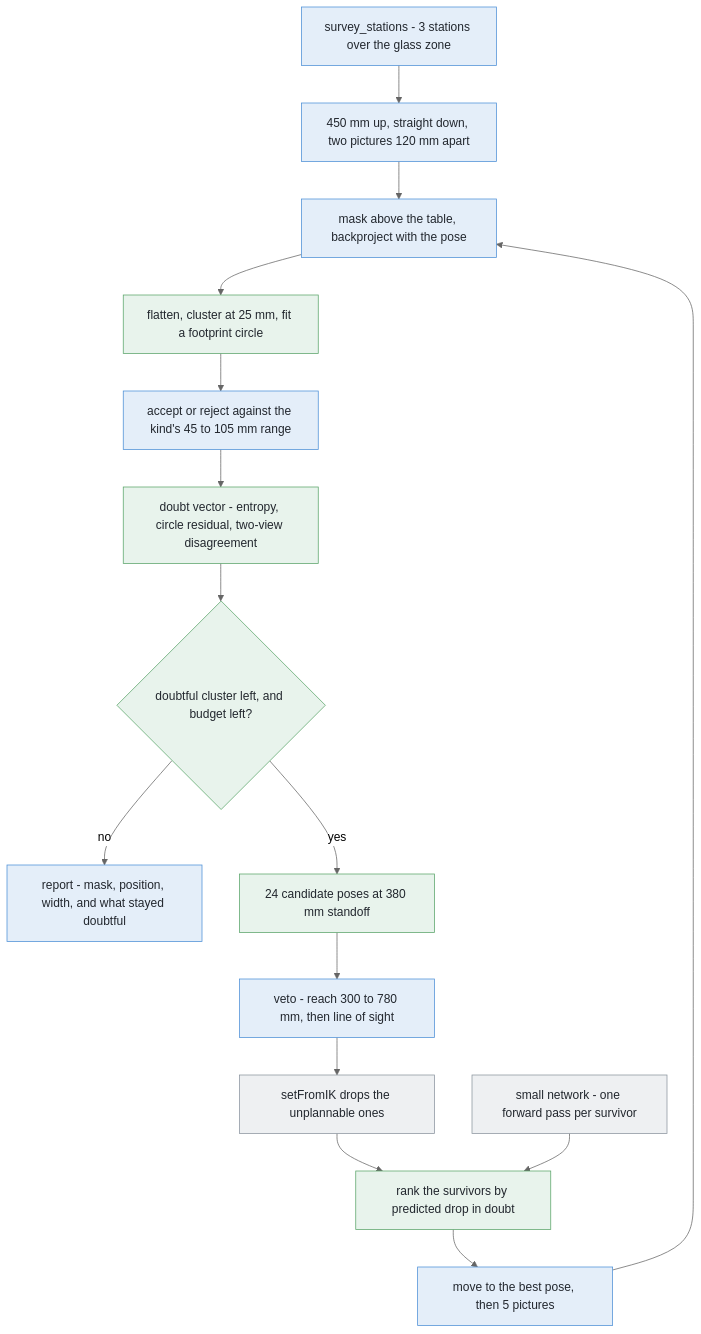
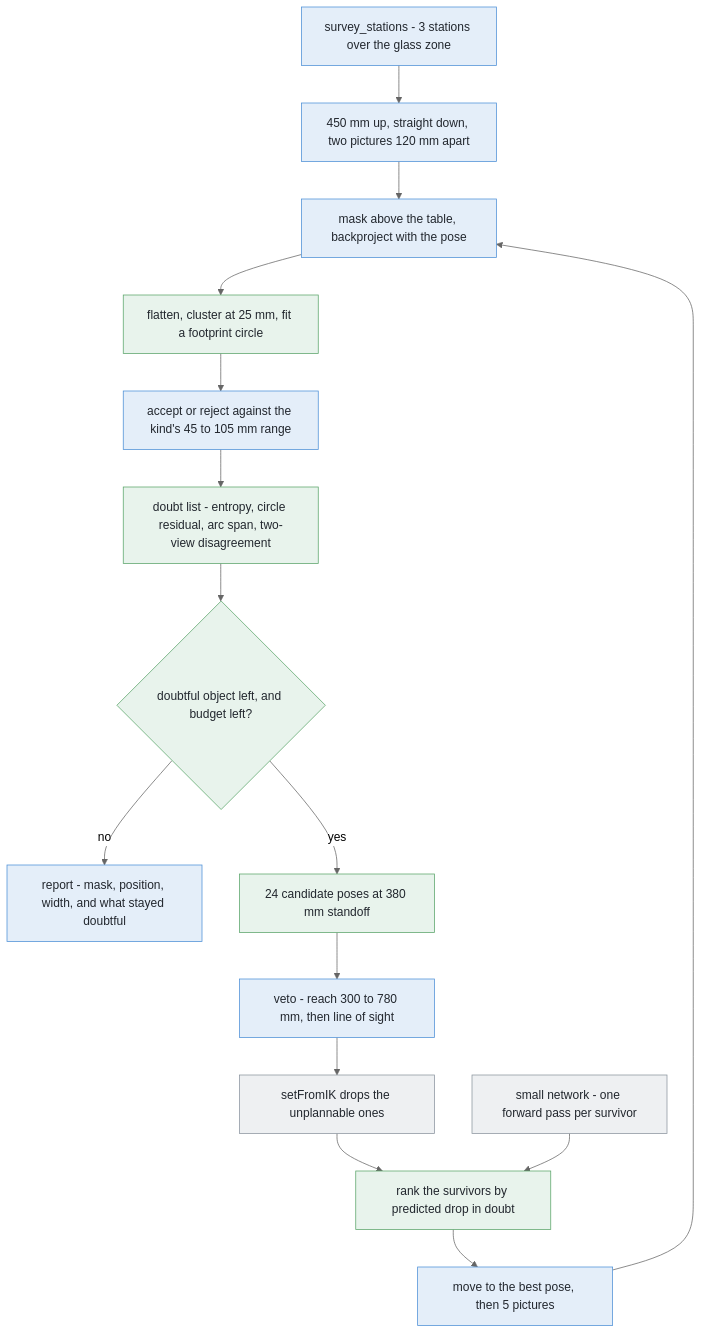
One commit to RobinNagpal/robot-arm-projects changed the third of 3 diagrams in v5-pick-glasses/docs/problem-2/solutions/04-learned-doubt-steers-the-next-picture.md. Above: the diagram before and after it, drawn with Mermaid (neutral theme). The commit also changed other lines of this file and 5 other files, not shown here.

````diff
--- a/v5-pick-glasses/docs/problem-2/solutions/04-learned-doubt-steers-the-next-picture.md
+++ b/v5-pick-glasses/docs/problem-2/solutions/04-learned-doubt-steers-the-next-picture.md
@@ -243,32 +254,32 @@
 ```mermaid
 flowchart TD
     E1["survey_stations - 3 stations over the glass zone"] --> E2["450 mm up, straight down, two pictures 120 mm apart"]
     E2 --> E3["mask above the table, backproject with the pose"]
     E3 --> N1["flatten, cluster at 25 mm, fit a footprint circle"]
     N1 --> E4["accept or reject against the kind's 45 to 105 mm range"]
-    E4 --> N2["doubt vector - entropy, circle residual, two-view disagreement"]
-    N2 --> D{"doubtful cluster left, and budget left?"}
+    E4 --> N2["doubt list - entropy, circle residual, arc span, two-view disagreement"]
+    N2 --> D{"doubtful object left, and budget left?"}
     D -- no --> E5["report - mask, position, width, and what stayed doubtful"]
     D -- yes --> N3["24 candidate poses at 380 mm standoff"]
     N3 --> E6["veto - reach 300 to 780 mm, then line of sight"]
     E6 --> L1["setFromIK drops the unplannable ones"]
     L1 --> N4["rank the survivors by predicted drop in doubt"]
     L2["small network - one forward pass per survivor"] --> N4
     N4 --> E7["move to the best pose, then 5 pictures"]
     E7 --> E3
 
     style N1 fill:#e8f3ec,stroke:#5aa469,color:#22272e
     style N2 fill:#e8f3ec,stroke:#5aa469,color:#22272e
     style N3 fill:#e8f3ec,stroke:#5aa469,color:#22272e
     style N4 fill:#e8f3ec,stroke:#5aa469,color:#22272e
     style D fill:#e8f3ec,stroke:#5aa469,color:#22272e
     style E1 fill:#e4eef9,stroke:#4c8fd6,color:#22272e
     style E2 fill:#e4eef9,stroke:#4c8fd6,color:#22272e
     style E3 fill:#e4eef9,stroke:#4c8fd6,color:#22272e
     style E4 fill:#e4eef9,stroke:#4c8fd6,color:#22272e
     style E5 fill:#e4eef9,stroke:#4c8fd6,color:#22272e
     style E6 fill:#e4eef9,stroke:#4c8fd6,color:#22272e
     style E7 fill:#e4eef9,stroke:#4c8fd6,color:#22272e
     style L1 fill:#eef0f2,stroke:#8b949e,color:#22272e
     style L2 fill:#eef0f2,stroke:#8b949e,color:#22272e
 ```
````
